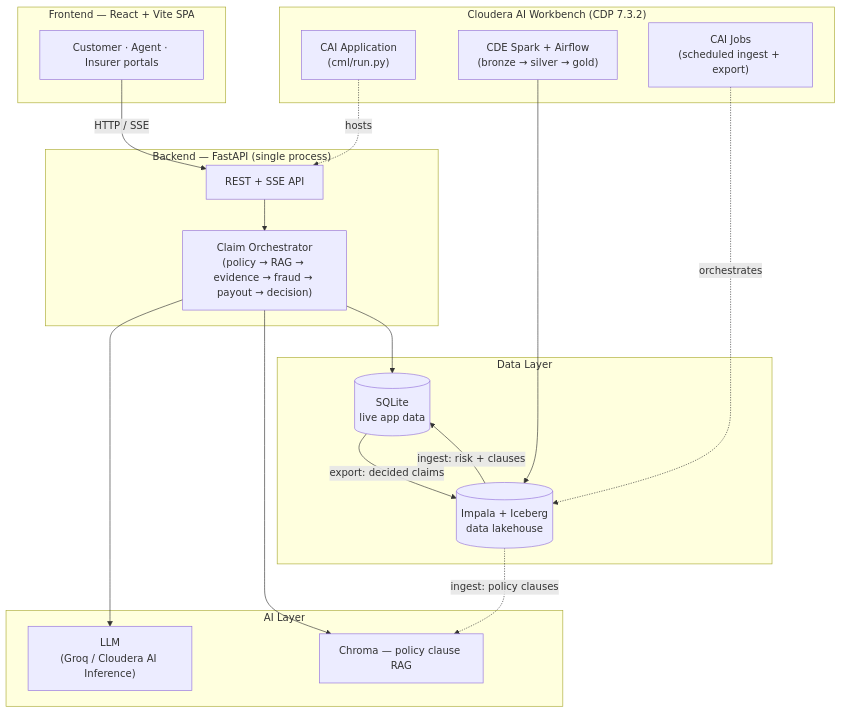
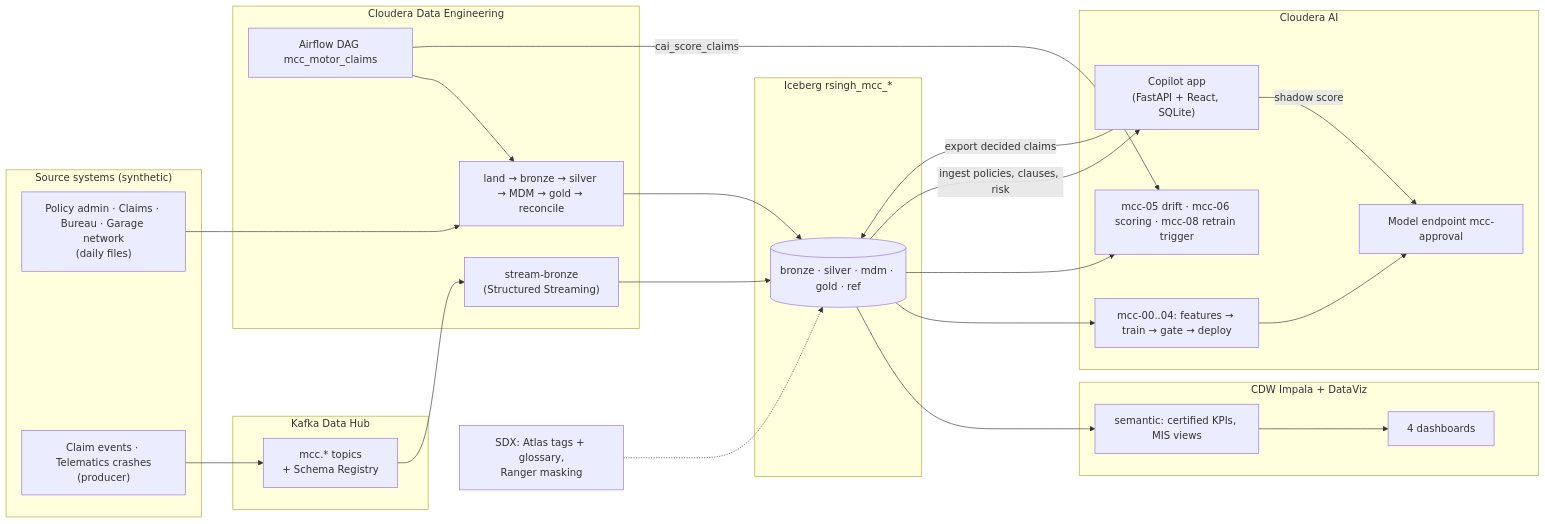
Before and after one commit to partomia/insurance-claim-approval: the diagram in README.md, drawn with Mermaid. The commit also changed other lines of this file and 7 other files, not shown here.

````diff
--- a/README.md
+++ b/README.md
@@ -29,39 +63,47 @@
 ```mermaid
-flowchart TB
-    subgraph L1["Frontend — React + Vite SPA"]
-        UI["Customer · Agent · Insurer portals"]
+flowchart LR
+    subgraph SRC["Source systems (synthetic)"]
+        Files["Policy admin · Claims · Bureau · Garage network\n(daily files)"]
+        Prod["Claim events · Telematics crashes\n(producer)"]
     end
 
-    subgraph L2["Backend — FastAPI (single process)"]
-        API["REST + SSE API"]
-        Pipeline["Claim Orchestrator\n(policy → RAG → evidence → fraud → payout → decision)"]
+    subgraph CDF["Kafka Data Hub"]
+        K["mcc.* topics\n+ Schema Registry"]
     end
 
-    subgraph L3["AI Layer"]
-        LLM["LLM\n(Groq / Cloudera AI Inference)"]
-        RAG["Chroma — policy clause RAG"]
+    subgraph CDE["Cloudera Data Engineering"]
+        DAG["Airflow DAG mcc_motor_claims"]
+        Batch["land → bronze → silver → MDM → gold → reconcile"]
+        Stream["stream-bronze\n(Structured Streaming)"]
     end
 
-    subgraph L4["Data Layer"]
-        OLTP[("SQLite\nlive app data")]
-        Lake[("Impala + Iceberg\ndata lakehouse")]
+    subgraph LAKE["Iceberg rsingh_mcc_*"]
+        Gold[("bronze · silver · mdm · gold · ref")]
     end
 
-    subgraph L5["Cloudera AI Workbench (CDP 7.3.2)"]
-        App["CAI Application\n(cml/run.py)"]
-        CDE["CDE Spark + Airflow\n(bronze → silver → gold)"]
-        Job["CAI Jobs\n(scheduled ingest + export)"]
+    subgraph CDW["CDW Impala + DataViz"]
+        Sem["semantic: certified KPIs, MIS views"]
+        Viz["4 dashboards"]
     end
 
-    UI -->|HTTP / SSE| API
-    API --> Pipeline
-    Pipeline --> LLM
-    Pipeline --> RAG
-    Pipeline --> OLTP
-    App -.->|hosts| API
-    CDE --> Lake
-    Job -.->|orchestrates| Lake
-    Lake -->|ingest: risk + clauses| OLTP
-    Lake -.->|ingest: policy clauses| RAG
-    OLTP -->|export: decided claims| Lake
+    subgraph CAI["Cloudera AI"]
+        Chain["mcc-00..04: features → train → gate → deploy"]
+        EP["Model endpoint mcc-approval"]
+        Nightly["mcc-05 drift · mcc-06 scoring · mcc-08 retrain trigger"]
+        App["Copilot app\n(FastAPI + React, SQLite)"]
+    end
+
+    SDX["SDX: Atlas tags + glossary,\nRanger masking"]
+
+    Files --> Batch
+    Prod --> K --> Stream --> Gold
+    DAG --> Batch --> Gold
+    DAG -->|cai_score_claims| Nightly
+    Gold --> Sem --> Viz
+    Gold --> Chain --> EP
+    Gold --> Nightly
+    Gold -->|ingest policies, clauses, risk| App
+    App -->|shadow score| EP
+    App -->|export decided claims| Gold
+    SDX -.-> Gold
 ```
````
